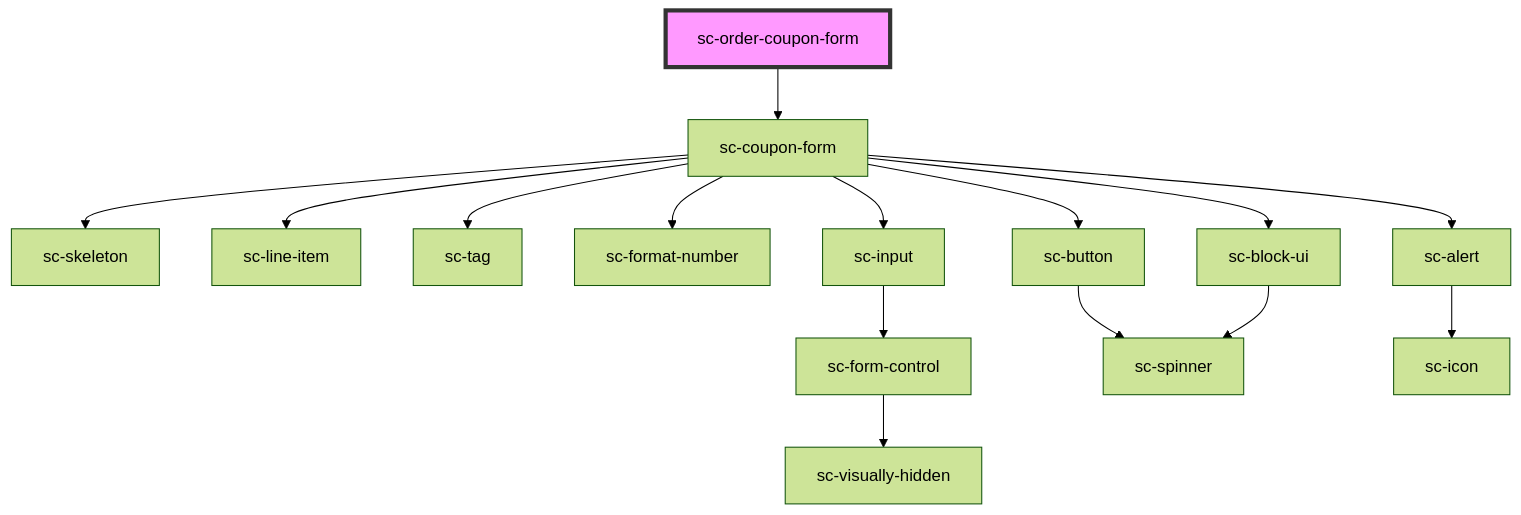
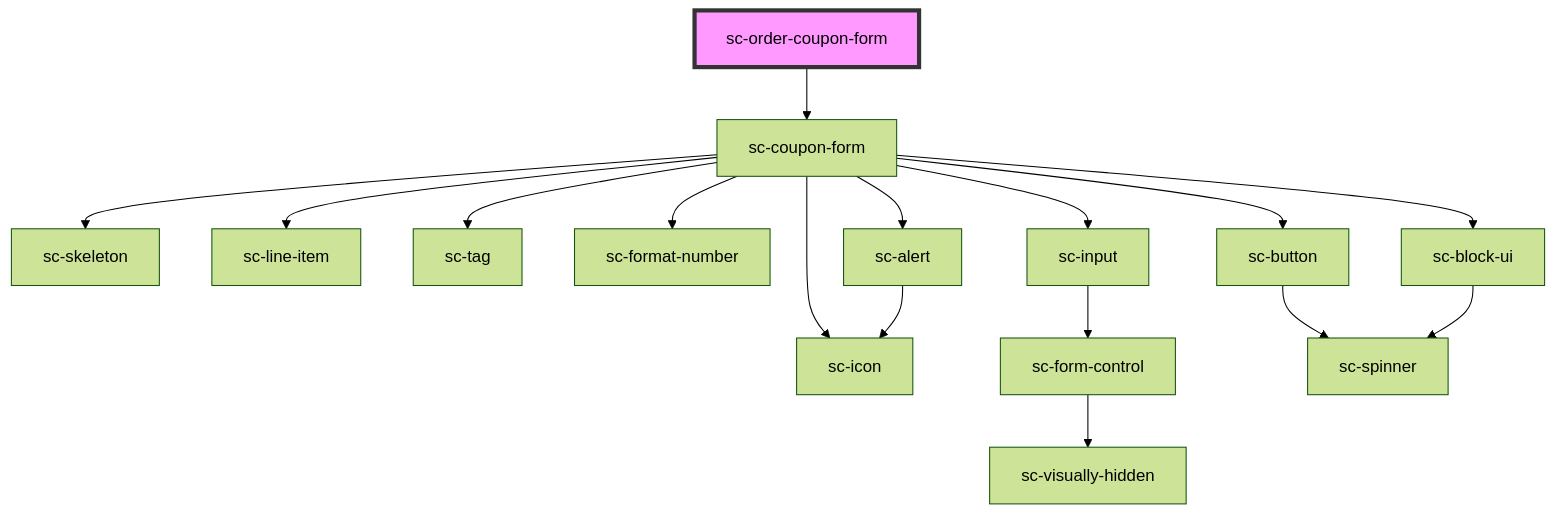
The diagram in packages/components/src/components/controllers/checkout-form/order-coupon-form/readme.md (surecart/surecart-wp-plugin), drawn with Mermaid (forest theme) before and after one commit. The commit also changed 17 other files, not shown here.

````diff
--- a/packages/components/src/components/controllers/checkout-form/order-coupon-form/readme.md
+++ b/packages/components/src/components/controllers/checkout-form/order-coupon-form/readme.md
@@ -33,18 +33,19 @@
 ```mermaid
 graph TD;
   sc-order-coupon-form --> sc-coupon-form
   sc-coupon-form --> sc-skeleton
   sc-coupon-form --> sc-line-item
   sc-coupon-form --> sc-tag
   sc-coupon-form --> sc-format-number
+  sc-coupon-form --> sc-icon
   sc-coupon-form --> sc-input
   sc-coupon-form --> sc-button
   sc-coupon-form --> sc-alert
   sc-coupon-form --> sc-block-ui
   sc-input --> sc-form-control
   sc-form-control --> sc-visually-hidden
   sc-button --> sc-spinner
   sc-alert --> sc-icon
   sc-block-ui --> sc-spinner
   style sc-order-coupon-form fill:#f9f,stroke:#333,stroke-width:4px
 ```
````
